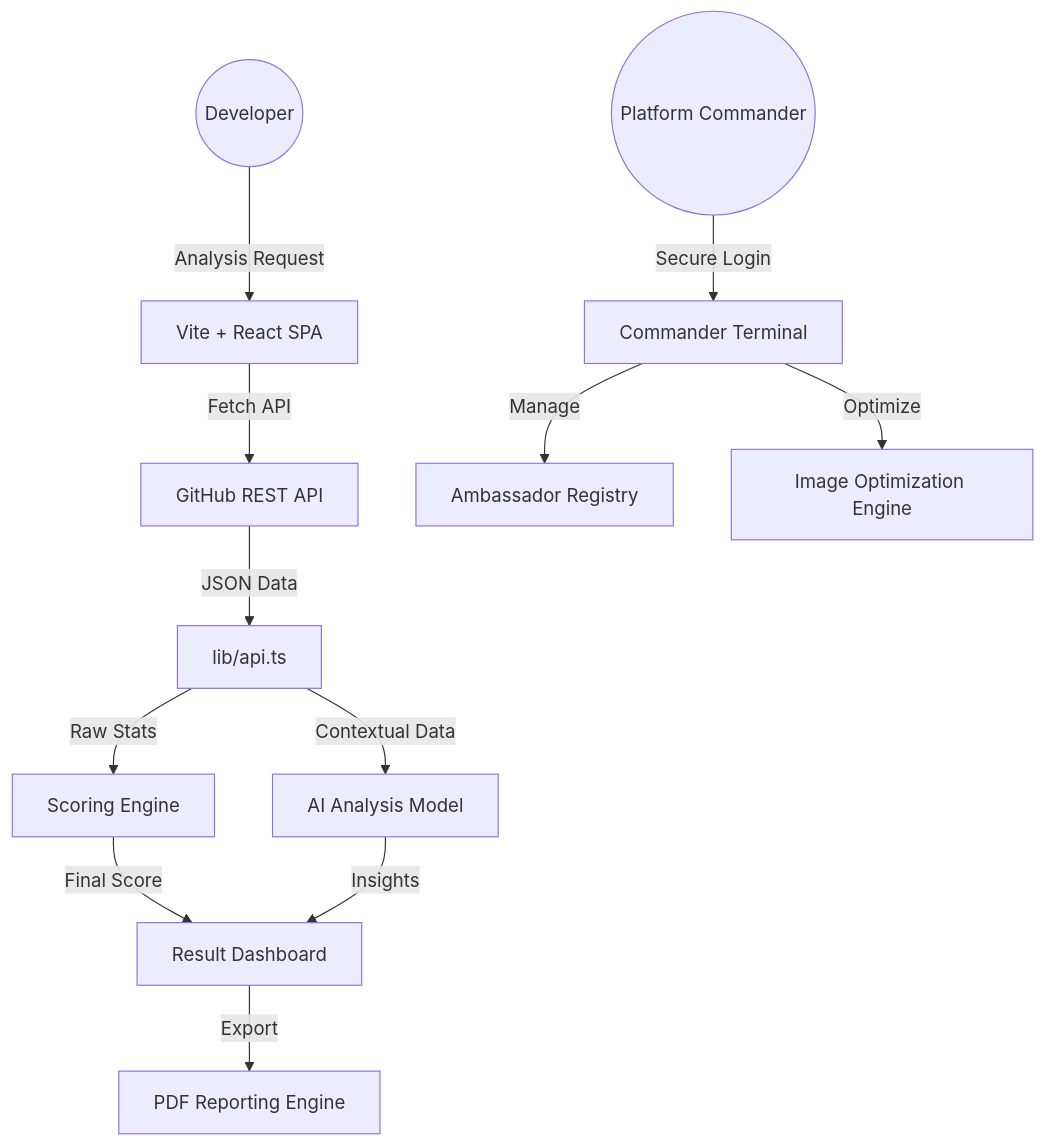
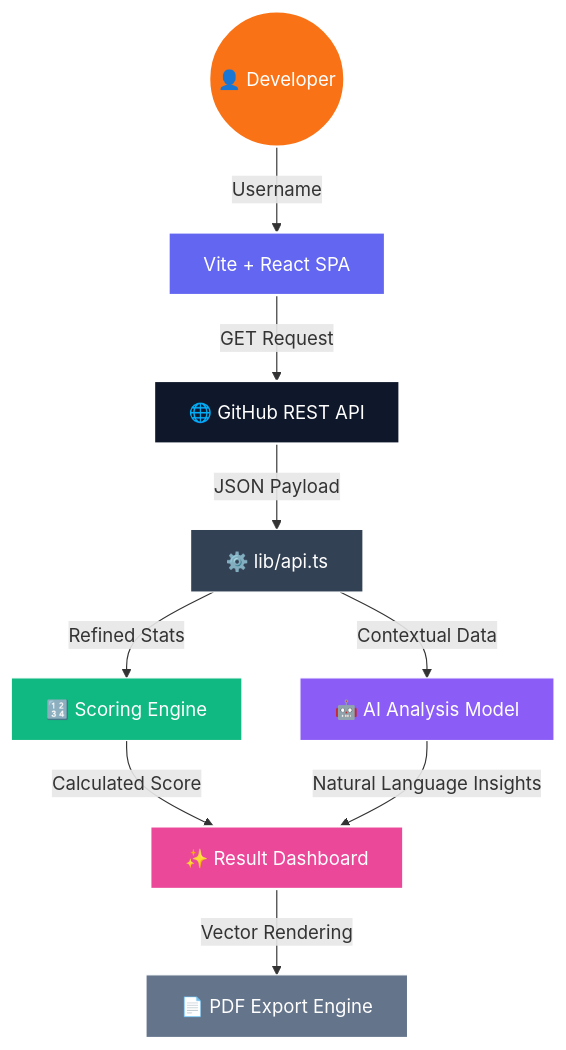
One commit to KGFCH2/GitInsight-AI changed the first of 3 diagrams in ARCHITECTURE.md. Above: the diagram before and after it, drawn with Mermaid. The commit also changed other lines of this file and 5 other files, not shown here.

Commit message:
Comprehensive documentation overhaul with professional visuals, diagrams, and file principles

````diff
--- a/ARCHITECTURE.md
+++ b/ARCHITECTURE.md
@@ -7,14 +11,32 @@
 ```mermaid
 graph TD
-    User((Developer)) -->|Analysis Request| Frontend[Vite + React SPA]
-    Frontend -->|Fetch API| GitHubAPI[GitHub REST API]
-    GitHubAPI -->|JSON Data| DataProcessor[lib/api.ts]
-    DataProcessor -->|Raw Stats| ScoreEngine[Scoring Engine]
-    DataProcessor -->|Contextual Data| AI_Model[AI Analysis Model]
-    ScoreEngine -->|Final Score| UI[Result Dashboard]
-    AI_Model -->|Insights| UI
-    UI -->|Export| PDF[PDF Reporting Engine]
-    Admin((Platform Commander)) -->|Secure Login| AdminDashboard[Commander Terminal]
-    AdminDashboard -->|Manage| Registry[Ambassador Registry]
-    AdminDashboard -->|Optimize| Compressor[Image Optimization Engine]
+    %% Node Definitions
+    User((👤 Developer))
+    Frontend[Vite + React SPA]
+    GitHubAPI[🌐 GitHub REST API]
+    DataProcessor[⚙️ lib/api.ts]
+    ScoreEngine[🔢 Scoring Engine]
+    AI_Model[🤖 AI Analysis Model]
+    UI[✨ Result Dashboard]
+    PDF[📄 PDF Export Engine]
+
+    %% Flow
+    User -->|Username| Frontend
+    Frontend -->|GET Request| GitHubAPI
+    GitHubAPI -->|JSON Payload| DataProcessor
+    DataProcessor -->|Refined Stats| ScoreEngine
+    DataProcessor -->|Contextual Data| AI_Model
+    ScoreEngine -->|Calculated Score| UI
+    AI_Model -->|Natural Language Insights| UI
+    UI -->|Vector Rendering| PDF
+
+    %% Styling
+    style User fill:#f97316,stroke:#fff,stroke-width:2px,color:#fff
+    style Frontend fill:#6366f1,stroke:#fff,stroke-width:2px,color:#fff
+    style GitHubAPI fill:#0f172a,stroke:#fff,stroke-width:2px,color:#fff
+    style DataProcessor fill:#334155,stroke:#fff,stroke-width:1px,color:#fff
+    style ScoreEngine fill:#10b981,stroke:#fff,stroke-width:1px,color:#fff
+    style AI_Model fill:#8b5cf6,stroke:#fff,stroke-width:1px,color:#fff
+    style UI fill:#ec4899,stroke:#fff,stroke-width:2px,color:#fff
+    style PDF fill:#64748b,stroke:#fff,stroke-width:1px,color:#fff
 ```
````
